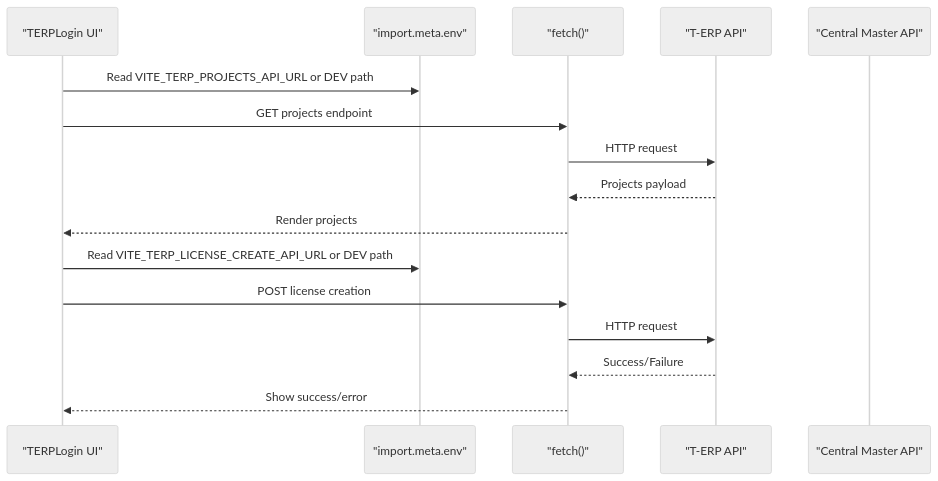
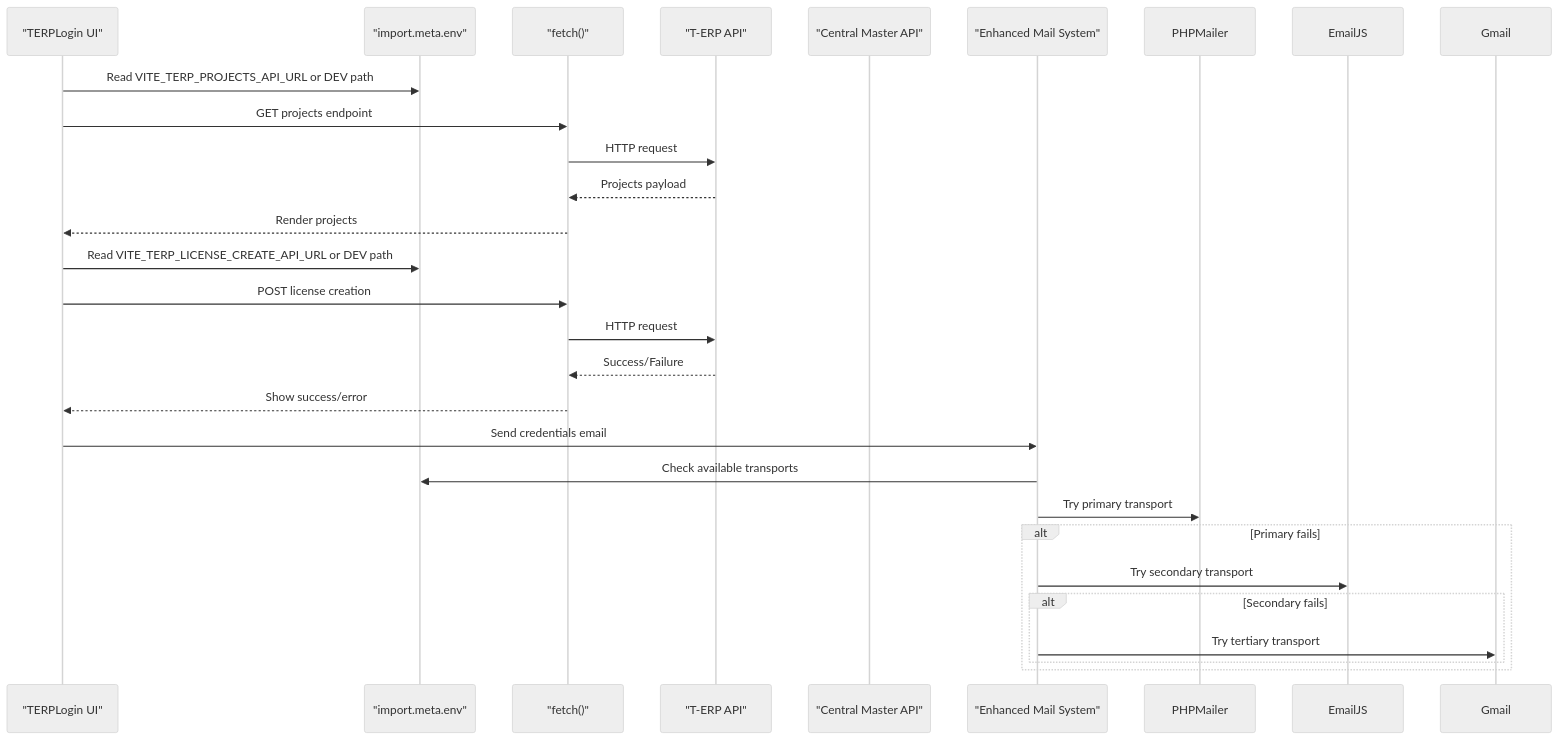
Before and after one commit to imcbsglobal/TRELLISCO_ERP_FRONTEND: diagram 13 of 15 in .qoder/repowiki/en/content/Configuration and Environment.md, drawn with Mermaid (neutral theme). The commit also changed other lines of this file and 16 other files, not shown here.

````diff
--- a/.qoder/repowiki/en/content/Configuration and Environment.md
+++ b/.qoder/repowiki/en/content/Configuration and Environment.md
@@ -488,18 +563,28 @@
 ```mermaid
 sequenceDiagram
 participant UI as "TERPLogin UI"
 participant Env as "import.meta.env"
 participant Fetch as "fetch()"
 participant API as "T-ERP API"
 participant Central as "Central Master API"
+participant Mailer as "Enhanced Mail System"
 UI->>Env : Read VITE_TERP_PROJECTS_API_URL or DEV path
 UI->>Fetch : GET projects endpoint
 Fetch->>API : HTTP request
 API-->>Fetch : Projects payload
 Fetch-->>UI : Render projects
 UI->>Env : Read VITE_TERP_LICENSE_CREATE_API_URL or DEV path
 UI->>Fetch : POST license creation
 Fetch->>API : HTTP request
 API-->>Fetch : Success/Failure
 Fetch-->>UI : Show success/error
+UI->>Mailer : Send credentials email
+Mailer->>Env : Check available transports
+Mailer->>PHPMailer : Try primary transport
+alt Primary fails
+Mailer->>EmailJS : Try secondary transport
+alt Secondary fails
+Mailer->>Gmail : Try tertiary transport
+end
+end
 ```
````
